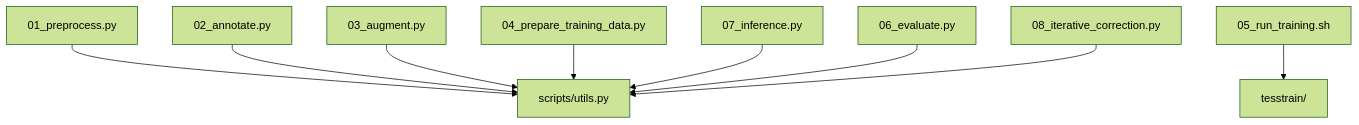
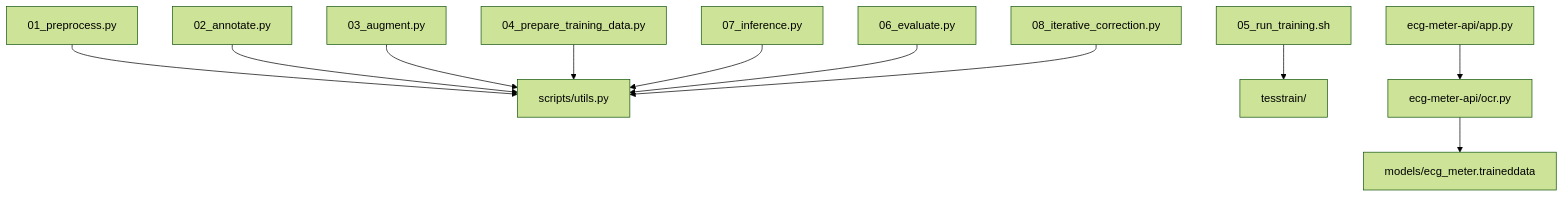
One commit to purplegeminii/ECG_OCR changed the second of 2 diagrams in docs/architecture.md. Above: the diagram before and after it, drawn with Mermaid (forest theme). The commit also changed other lines of this file and 8 other files, not shown here.

````diff
--- a/docs/architecture.md
+++ b/docs/architecture.md
@@ -34,15 +44,18 @@
 ```mermaid
 flowchart TD
 
     U[scripts/utils.py]
 
     P[01_preprocess.py] --> U
     A[02_annotate.py] --> U
     G[03_augment.py] --> U
     D[04_prepare_training_data.py] --> U
     I[07_inference.py] --> U
     E[06_evaluate.py] --> U
     C[08_iterative_correction.py] --> U
 
     TRAIN[05_run_training.sh] --> TES[tesstrain/]
+    
+    API_APP[ecg-meter-api/app.py] --> API_OCR[ecg-meter-api/ocr.py]
+    API_OCR --> MODEL[models/ecg_meter.traineddata]
 ```
````
